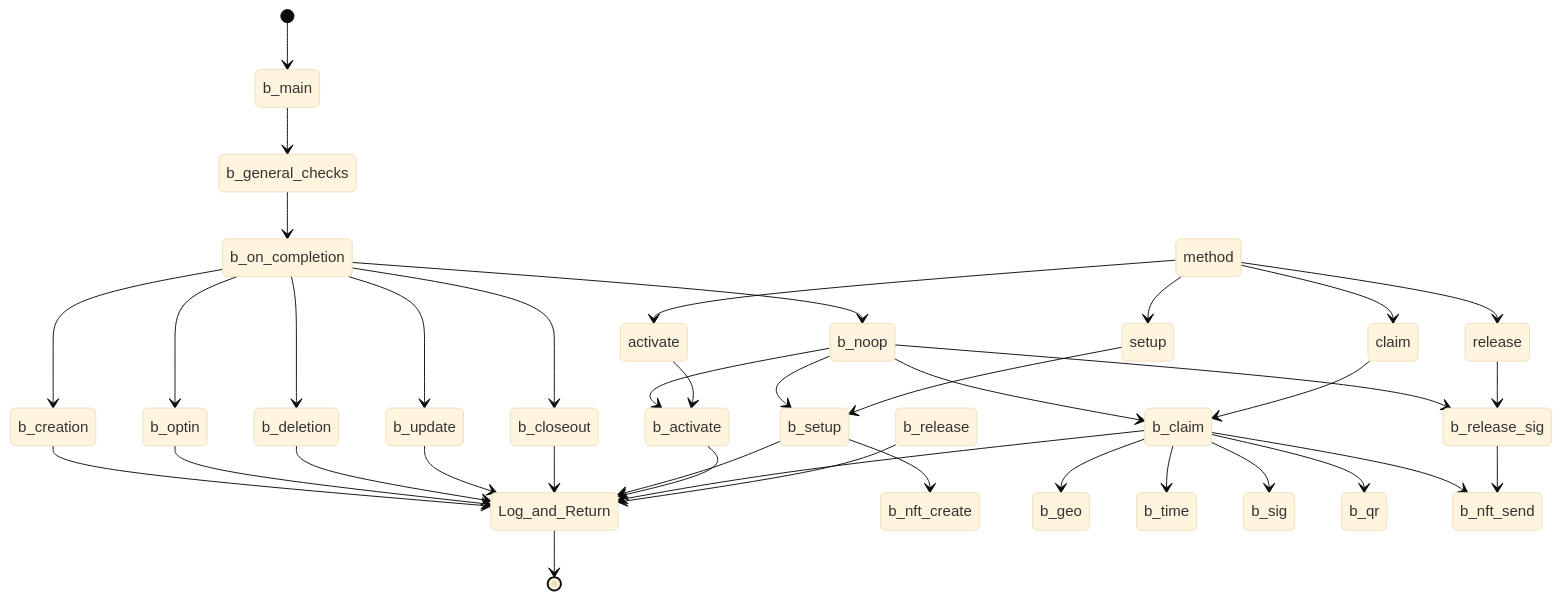
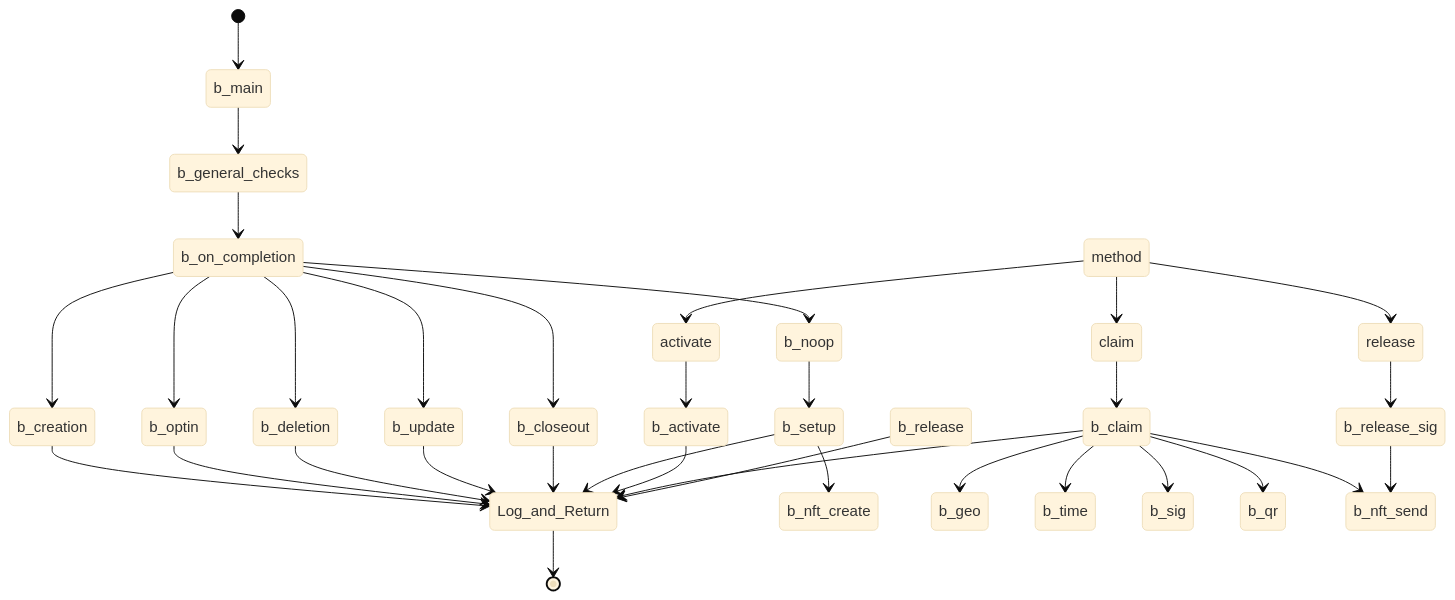
The eighth of 10 diagrams in profile/README.md (GoPlausible/.github), drawn with Mermaid (base theme) before and after one commit.

````diff
--- a/profile/README.md
+++ b/profile/README.md
@@ -266,50 +266,49 @@
 ```mermaid
   stateDiagram-v2
     [*] --> b_main
     b_main --> b_general_checks
     b_general_checks --> b_on_completion
     
     b_on_completion --> b_creation
     b_creation --> Log_and_Return
     b_on_completion --> b_optin
     b_optin --> Log_and_Return
     b_on_completion --> b_deletion
     b_deletion --> Log_and_Return
     b_on_completion --> b_update
     b_update --> Log_and_Return
     b_on_completion --> b_closeout
     b_closeout --> Log_and_Return
 
     b_on_completion --> b_noop
     b_noop --> b_setup
-    method --> setup
-    setup --> b_setup
     b_setup --> b_nft_create
     b_setup --> Log_and_Return
+   
 
-    b_noop --> b_activate
+
     method --> activate
     activate --> b_activate
     b_activate --> Log_and_Return
 
-    b_noop --> b_claim
+
     method --> claim
     claim --> b_claim
 
     b_claim --> b_geo
     b_claim --> b_time
     b_claim --> b_sig
     b_claim --> b_qr
     b_claim --> b_nft_send
     b_claim --> Log_and_Return
 
-    b_noop --> b_release_sig
+
     method --> release
     release --> b_release_sig
     b_release_sig --> b_nft_send
     b_release --> Log_and_Return
   
     
     Log_and_Return --> [*]
     
 ```
````
